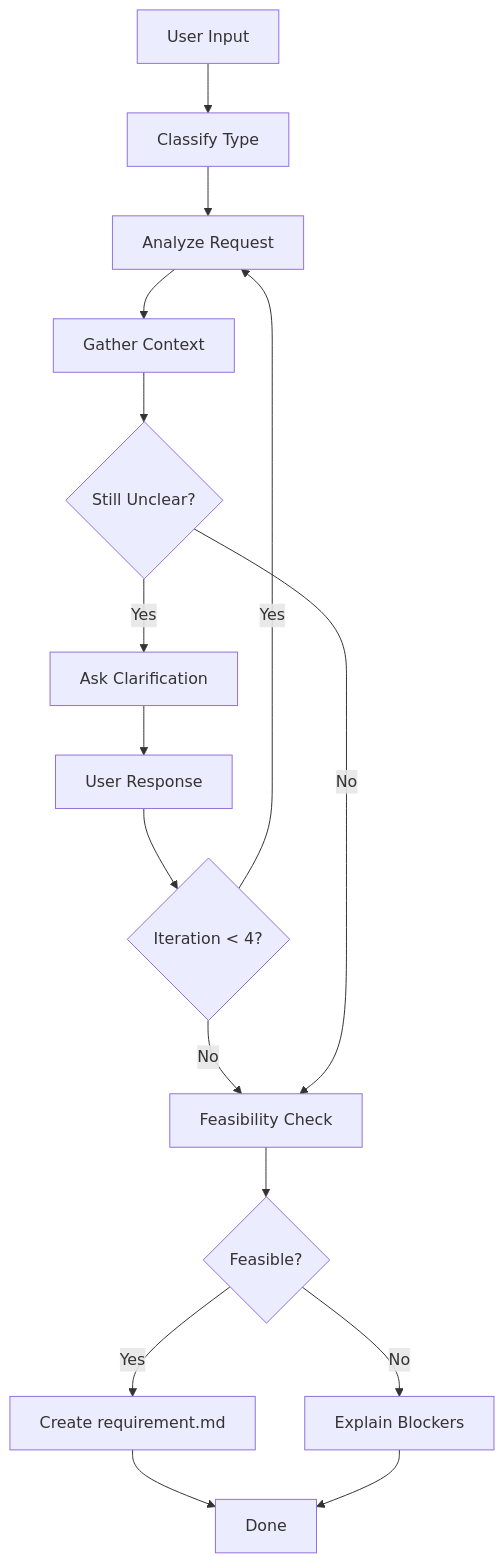
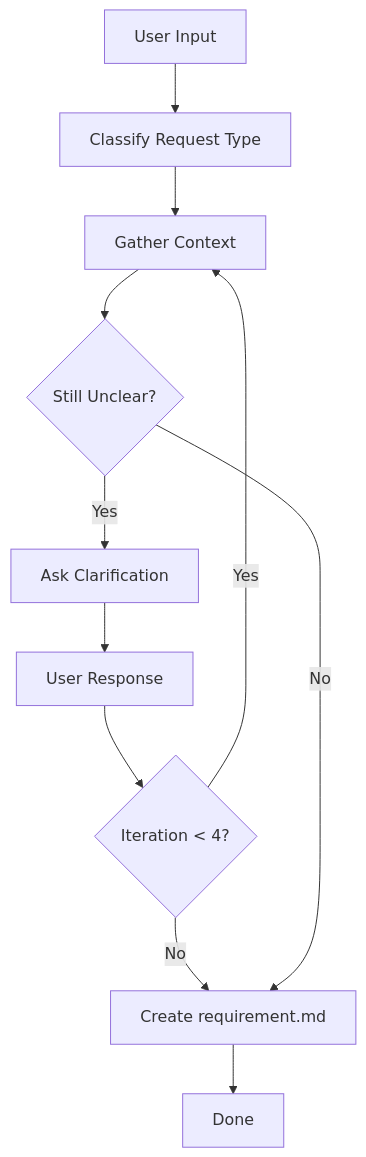
Before and after one commit to itsnamor/flower: the diagram in skills/flower-propose/SKILL.md, drawn with Mermaid. The commit also changed other lines of this file and 2 other files, not shown here.

````diff
--- a/skills/flower-propose/SKILL.md
+++ b/skills/flower-propose/SKILL.md
@@ -36,22 +34,15 @@
 ```mermaid
 flowchart TD
-    A[User Input] --> B[Classify Type]
-    B --> C[Analyze Request]
-    C --> D[Gather Context]
-    D --> E{Still Unclear?}
+    A[User Input] --> B[Classify Request Type]
+    B --> C[Gather Context]
+    C --> D{Still Unclear?}
 
-    E -->|Yes| F[Ask Clarification]
-    F --> G[User Response]
-    G --> H{Iteration < 4?}
-    H -->|Yes| C
-    H -->|No| I[Feasibility Check]
+    D -->|Yes| E[Ask Clarification]
+    E --> F[User Response]
+    F --> G{Iteration < 4?}
+    G -->|Yes| C
+    G -->|No| H[Create requirement.md]
 
-    E -->|No| I
-
-    I --> J{Feasible?}
-    J -->|Yes| K[Create requirement.md]
-    J -->|No| L[Explain Blockers]
-
-    K --> M[Done]
-    L --> M
+    D -->|No| H
+    H --> I[Done]
 ```
````
